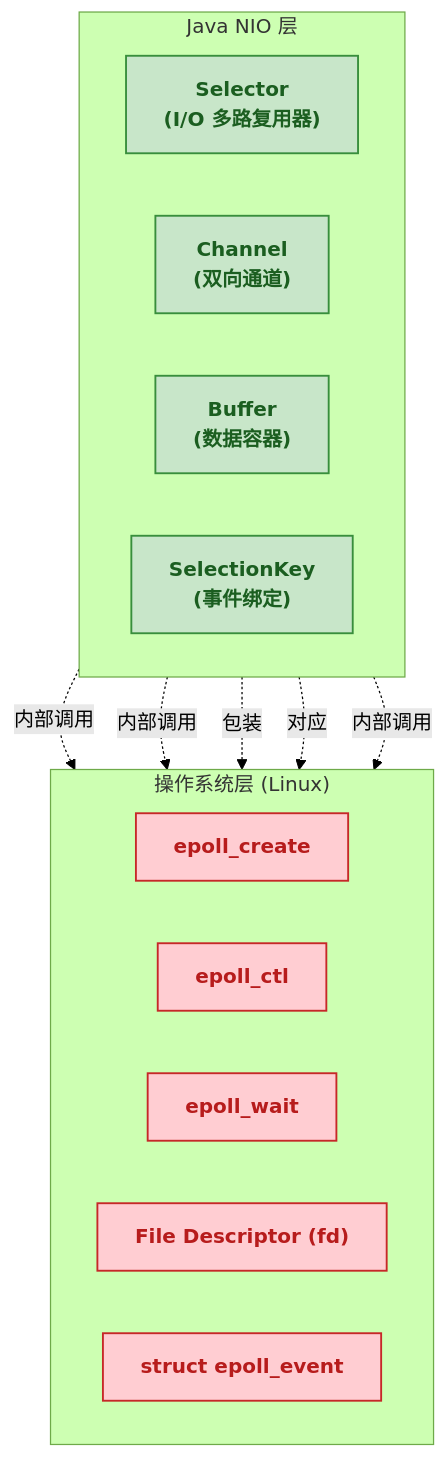
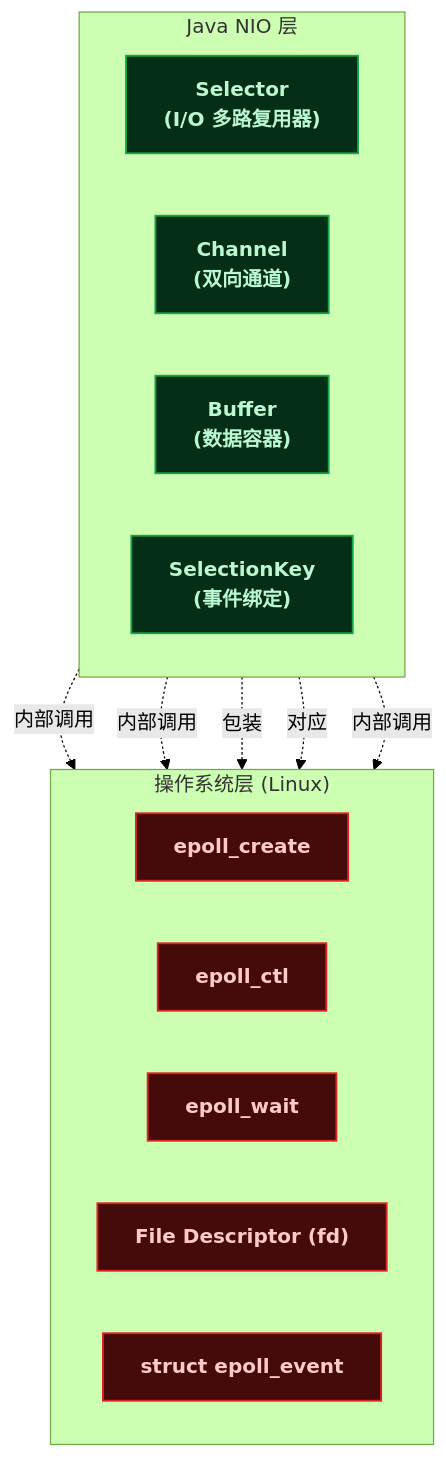
Before and after one commit to yaocat55/yaocat55.github.io: the seventh of 11 diagrams in content/posts/io/JavaNIO.md, drawn with Mermaid (forest theme). The commit also changed other lines of this file and 155 other files, not shown here.

````diff
--- a/content/posts/io/JavaNIO.md
+++ b/content/posts/io/JavaNIO.md
@@ -582,38 +582,38 @@
 ```mermaid
 flowchart TD
     %% ==========================================
     %% 样式定义
     %% ==========================================
-    classDef java fill:#C8E6C9,stroke:#388E3C,stroke-width:1.5px,color:#1B5E20,font-weight:bold;
-    classDef kernel fill:#FFCDD2,stroke:#C62828,stroke-width:1.5px,color:#B71C1C,font-weight:bold;
-    classDef process fill:#F5F5F5,stroke:#9E9E9E,stroke-width:1.5px,color:#212121;
+classDef java fill:#052e16,stroke:#16a34a,stroke-width:1.5px,color:#bbf7d0,font-weight:bold;
+classDef kernel fill:#450a0a,stroke:#dc2626,stroke-width:1.5px,color:#fecaca,font-weight:bold;
+classDef process fill:#1e1e24,stroke:#6b7280,stroke-width:1.5px,color:#e5e7eb;
 
     %% ==========================================
     %% Java NIO 与 epoll 的层级映射
     %% ==========================================
     subgraph JAVA ["Java NIO 层"]
         direction LR
         SELECTOR["Selector\n(I/O 多路复用器)"]
         CHANNEL["Channel\n(双向通道)"]
         BUFFER["Buffer\n(数据容器)"]
         SELKEY["SelectionKey\n(事件绑定)"]
     end
 
     subgraph OS ["操作系统层 (Linux)"]
         direction LR
         EP_CREATE["epoll_create"]
         EP_CTL["epoll_ctl"]
         EP_WAIT["epoll_wait"]
         FD["File Descriptor (fd)"]
         EP_EVENT["struct epoll_event"]
     end
 
     SELECTOR -.->|"内部调用"| EP_CREATE
     SELECTOR -.->|"内部调用"| EP_WAIT
     CHANNEL -.->|"包装"| FD
     SELKEY -.->|"对应"| EP_EVENT
     SELKEY -.->|"内部调用"| EP_CTL
 
     class SELECTOR,CHANNEL,BUFFER,SELKEY java;
     class EP_CREATE,EP_CTL,EP_WAIT,FD,EP_EVENT kernel;
 ```
````
